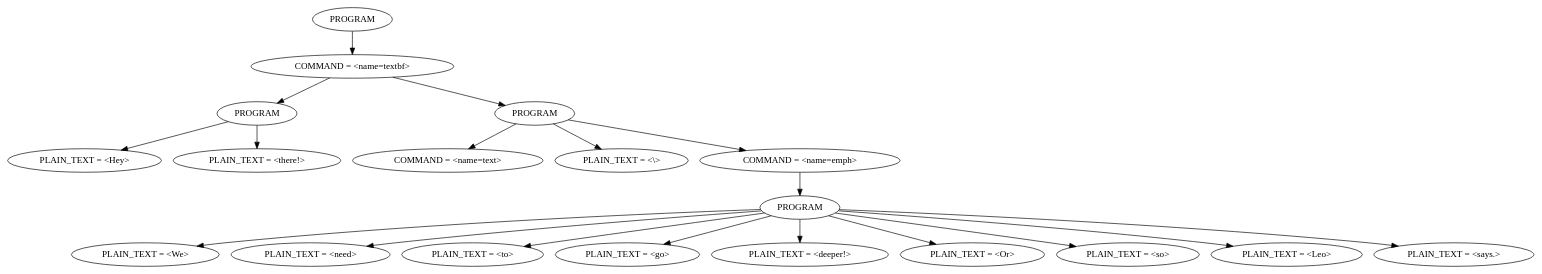
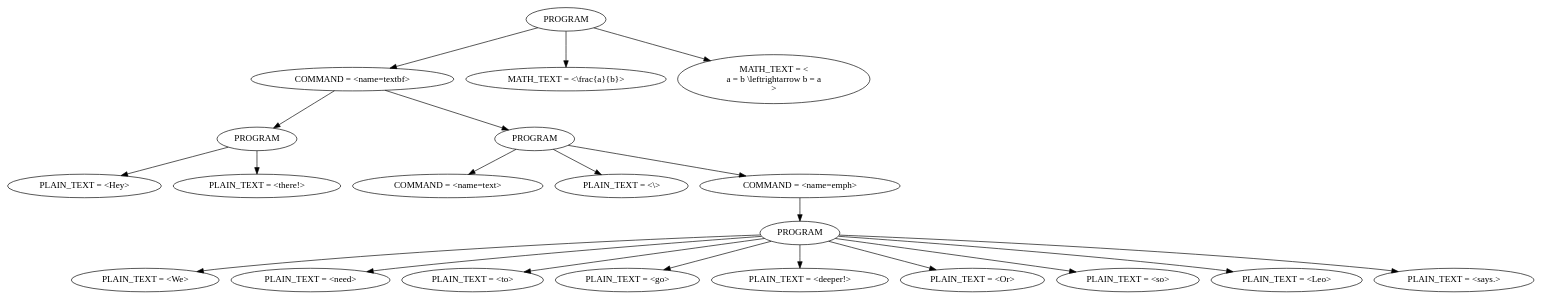
One commit to kostyaby/lightex changed the diagram in samples/output.dot. Above: the diagram before and after it, drawn with Graphviz. The commit also changed 11 other files, not shown here.

```diff
--- a/samples/output.dot
+++ b/samples/output.dot
@@ -1,39 +1,45 @@
 digraph d {
   node_0 [label="PROGRAM"];
   node_1 [label="COMMAND = <name=textbf>"];
   node_2 [label="PROGRAM"];
   node_3 [label="PLAIN_TEXT = <Hey>"];
   node_2 -> node_3;
   node_4 [label="PLAIN_TEXT = <there!>"];
   node_2 -> node_4;
   node_1 -> node_2;
   node_5 [label="PROGRAM"];
   node_6 [label="COMMAND = <name=text>"];
   node_5 -> node_6;
   node_7 [label="PLAIN_TEXT = <\\>"];
   node_5 -> node_7;
   node_8 [label="COMMAND = <name=emph>"];
   node_9 [label="PROGRAM"];
   node_10 [label="PLAIN_TEXT = <We>"];
   node_9 -> node_10;
   node_11 [label="PLAIN_TEXT = <need>"];
   node_9 -> node_11;
   node_12 [label="PLAIN_TEXT = <to>"];
   node_9 -> node_12;
   node_13 [label="PLAIN_TEXT = <go>"];
   node_9 -> node_13;
   node_14 [label="PLAIN_TEXT = <deeper!>"];
   node_9 -> node_14;
   node_15 [label="PLAIN_TEXT = <Or>"];
   node_9 -> node_15;
   node_16 [label="PLAIN_TEXT = <so>"];
   node_9 -> node_16;
   node_17 [label="PLAIN_TEXT = <Leo>"];
   node_9 -> node_17;
   node_18 [label="PLAIN_TEXT = <says.>"];
   node_9 -> node_18;
   node_8 -> node_9;
   node_5 -> node_8;
   node_1 -> node_5;
   node_0 -> node_1;
+  node_19 [label="MATH_TEXT = <\\frac{a}{b}>"];
+  node_0 -> node_19;
+  node_20 [label="MATH_TEXT = <
+a = b \\leftrightarrow b = a
+>"];
+  node_0 -> node_20;
 }
```
